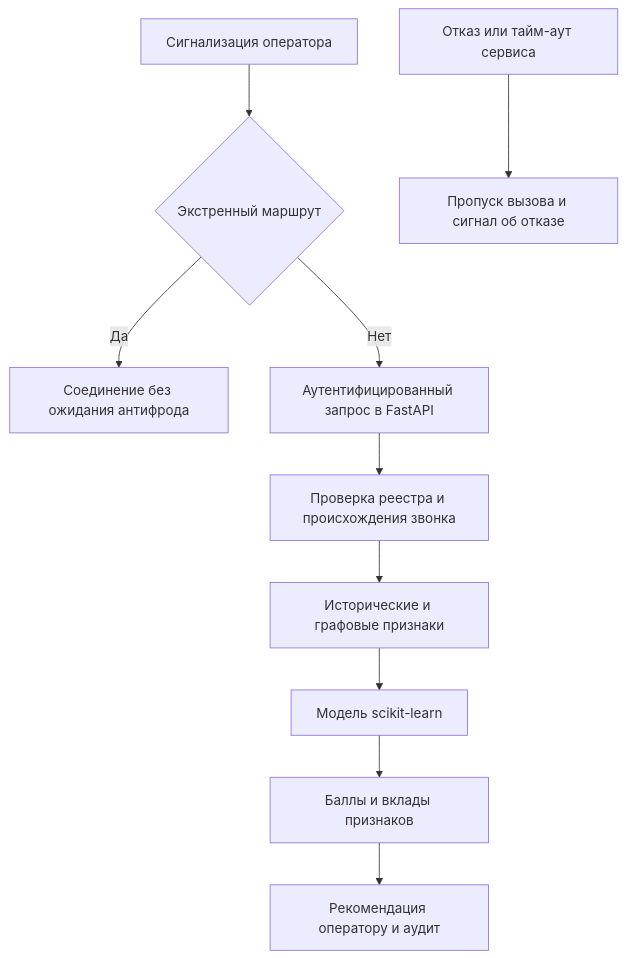
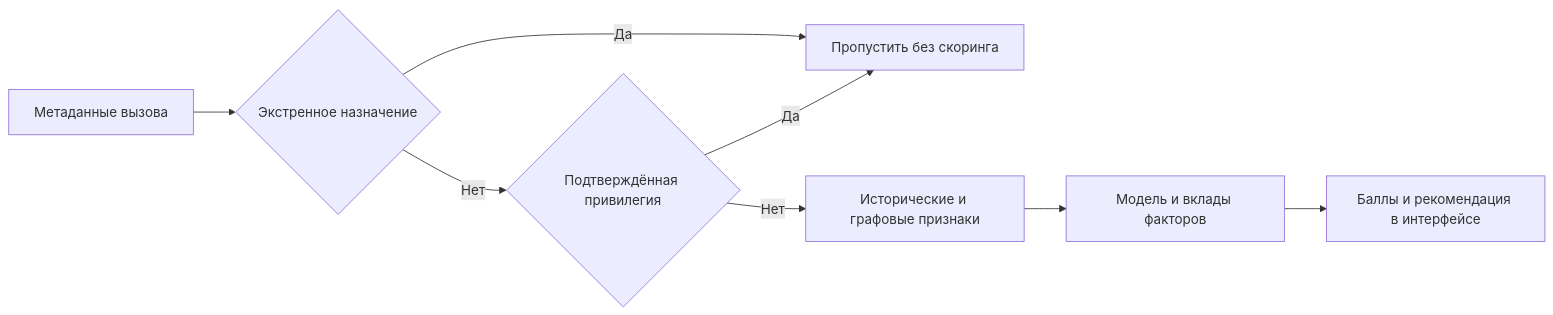
The diagram in docs/strategy_ru.md (ZXC-DeSh/Telecom), drawn with Mermaid before and after one commit. The commit also changed other lines of this file and 23 other files, not shown here.

````diff
--- a/docs/strategy_ru.md
+++ b/docs/strategy_ru.md
@@ -15,12 +13,10 @@
 ```mermaid
-flowchart TD
-    A[Сигнализация оператора] --> B{Экстренный маршрут}
-    B -->|Да| C[Соединение без ожидания антифрода]
-    B -->|Нет| D[Аутентифицированный запрос в FastAPI]
-    D --> E[Проверка реестра и происхождения звонка]
-    E --> F[Исторические и графовые признаки]
-    F --> G[Модель scikit-learn]
-    G --> H[Баллы и вклады признаков]
-    H --> I[Рекомендация оператору и аудит]
-    J[Отказ или тайм-аут сервиса] --> K[Пропуск вызова и сигнал об отказе]
+flowchart LR
+    A[Метаданные вызова] --> B{Экстренное назначение}
+    B -->|Да| C[Пропустить без скоринга]
+    B -->|Нет| D{Подтверждённая привилегия}
+    D -->|Да| C
+    D -->|Нет| E[Исторические и графовые признаки]
+    E --> F[Модель и вклады факторов]
+    F --> G[Баллы и рекомендация в интерфейсе]
 ```
````
